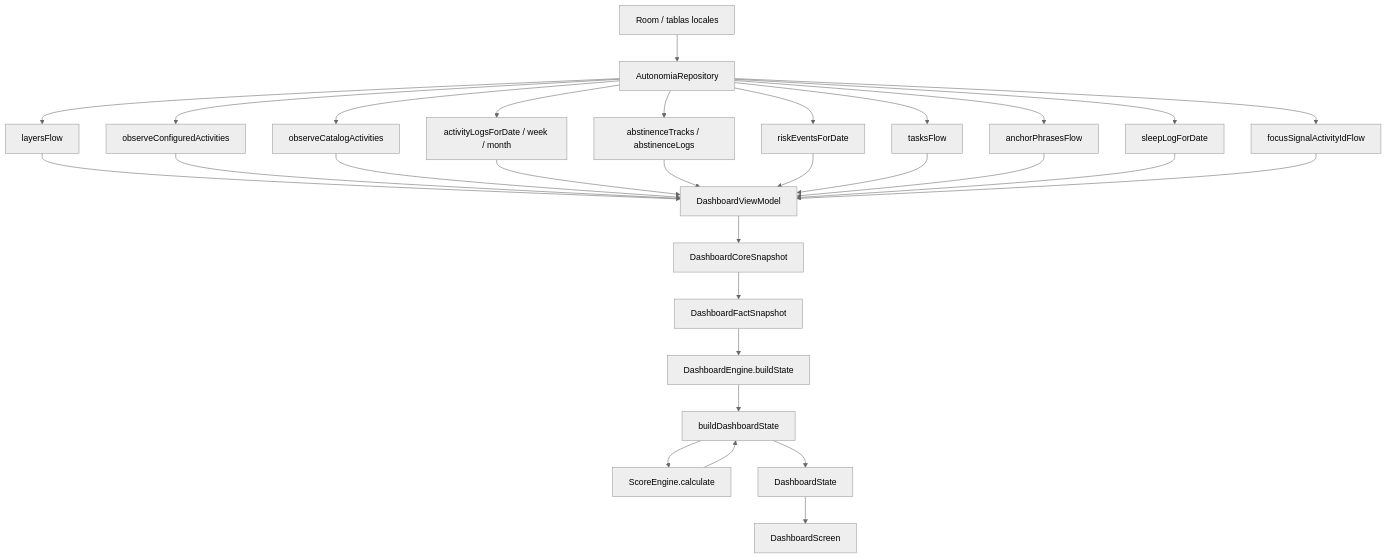
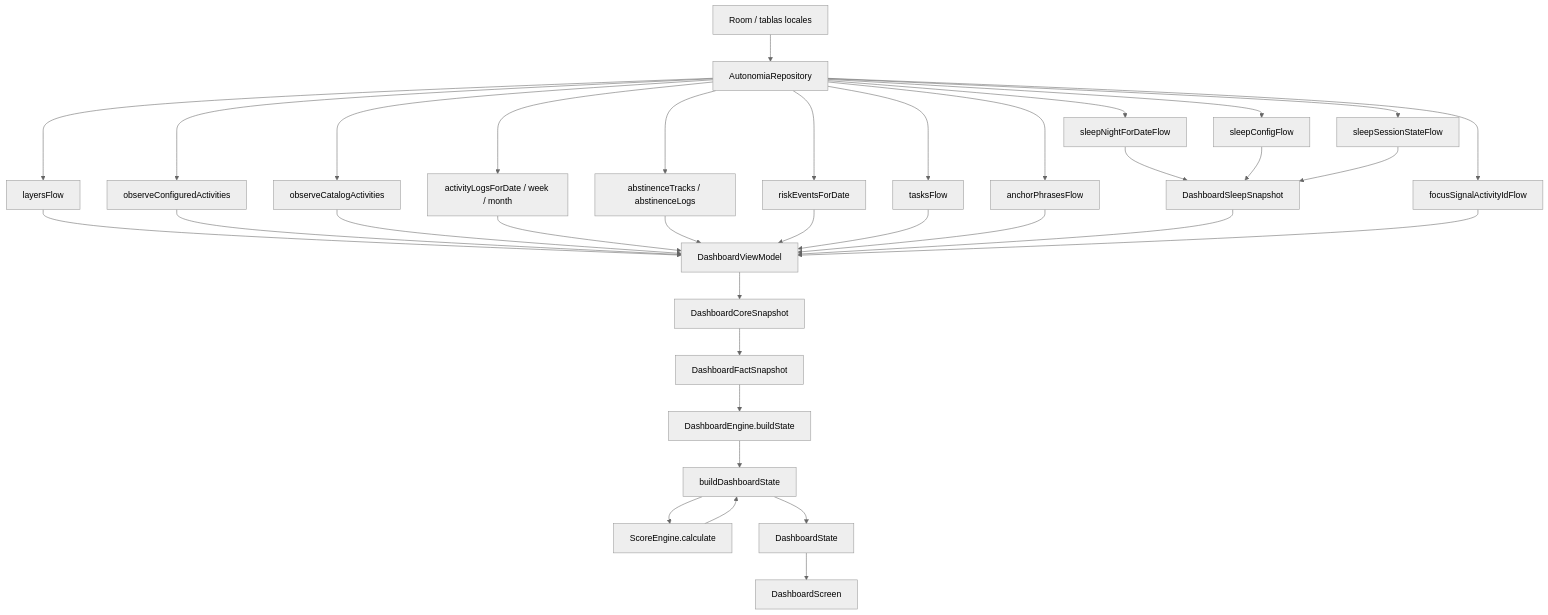
One commit to DanoMn/apk-personal changed the second of 10 diagrams in docs/dominio/mapa-flujos-estado-actual-2026-05-24.md. Above: the diagram before and after it, drawn with Mermaid (neutral theme). The commit also changed other lines of this file and 6 other files, not shown here.

````diff
--- a/docs/dominio/mapa-flujos-estado-actual-2026-05-24.md
+++ b/docs/dominio/mapa-flujos-estado-actual-2026-05-24.md
@@ -59,35 +66,41 @@
 ```mermaid
 flowchart TD
     Room["Room / tablas locales"] --> Repository["AutonomiaRepository"]
 
     Repository --> LayersFlow["layersFlow"]
     Repository --> ConfiguredActivities["observeConfiguredActivities"]
     Repository --> CatalogActivities["observeCatalogActivities"]
     Repository --> ActivityLogs["activityLogsForDate / week / month"]
     Repository --> AbstinenceFlows["abstinenceTracks / abstinenceLogs"]
     Repository --> RiskEvents["riskEventsForDate"]
     Repository --> TasksFlow["tasksFlow"]
     Repository --> AnchorPhrases["anchorPhrasesFlow"]
-    Repository --> SleepFlow["sleepLogForDate"]
+    Repository --> SleepNightFlow["sleepNightForDateFlow"]
+    Repository --> SleepConfigFlow["sleepConfigFlow"]
+    Repository --> SleepSessionFlow["sleepSessionStateFlow"]
     Repository --> FocusSignal["focusSignalActivityIdFlow"]
+
+    SleepNightFlow --> SleepSnapshot["DashboardSleepSnapshot"]
+    SleepConfigFlow --> SleepSnapshot
+    SleepSessionFlow --> SleepSnapshot
 
     LayersFlow --> ViewModel["DashboardViewModel"]
     ConfiguredActivities --> ViewModel
     CatalogActivities --> ViewModel
     ActivityLogs --> ViewModel
     AbstinenceFlows --> ViewModel
     RiskEvents --> ViewModel
     TasksFlow --> ViewModel
     AnchorPhrases --> ViewModel
-    SleepFlow --> ViewModel
+    SleepSnapshot --> ViewModel
     FocusSignal --> ViewModel
 
     ViewModel --> CoreSnapshot["DashboardCoreSnapshot"]
     CoreSnapshot --> FactSnapshot["DashboardFactSnapshot"]
     FactSnapshot --> Engine["DashboardEngine.buildState"]
     Engine --> Projection["buildDashboardState"]
     Projection --> ScoreEngine["ScoreEngine.calculate"]
     ScoreEngine --> Projection
     Projection --> DashboardState["DashboardState"]
     DashboardState --> DashboardScreen["DashboardScreen"]
 ```
````
